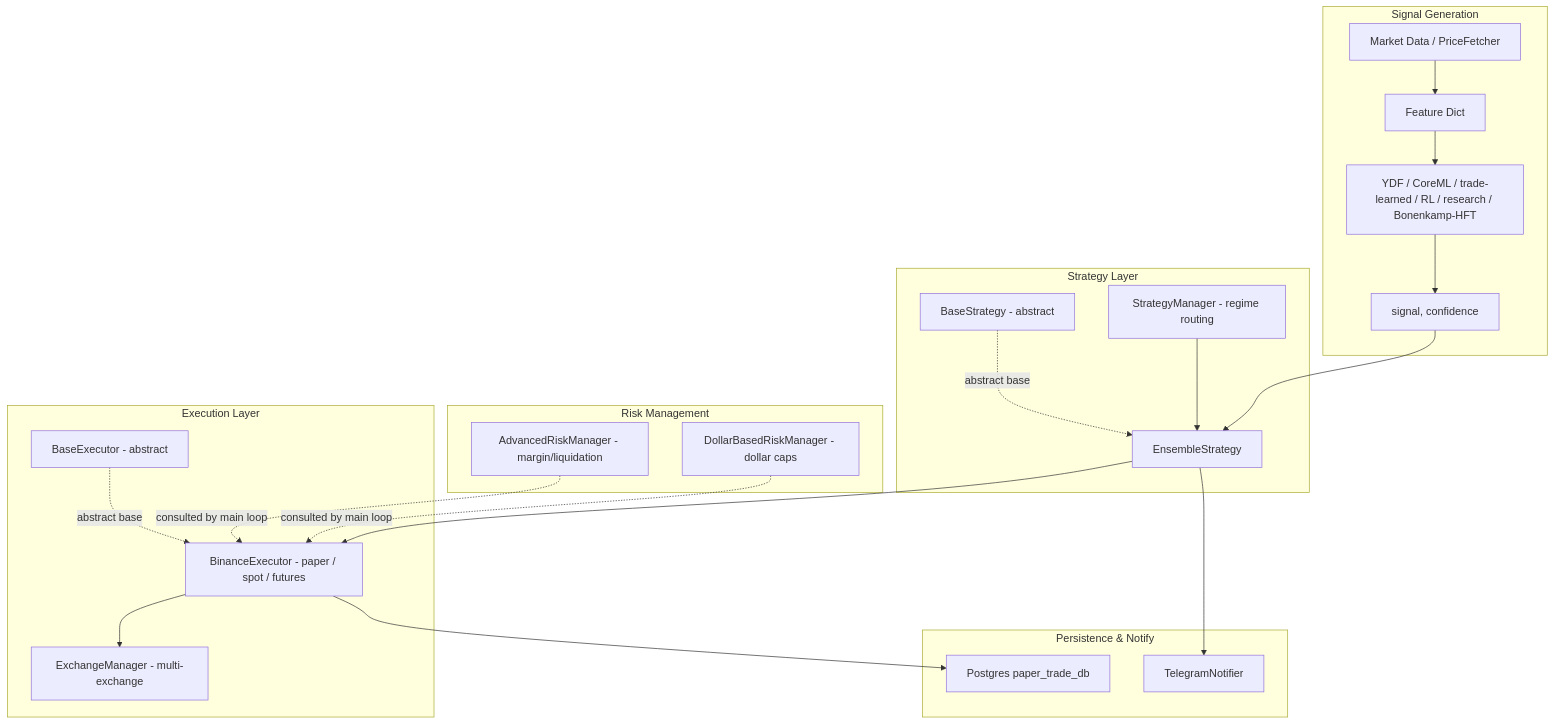
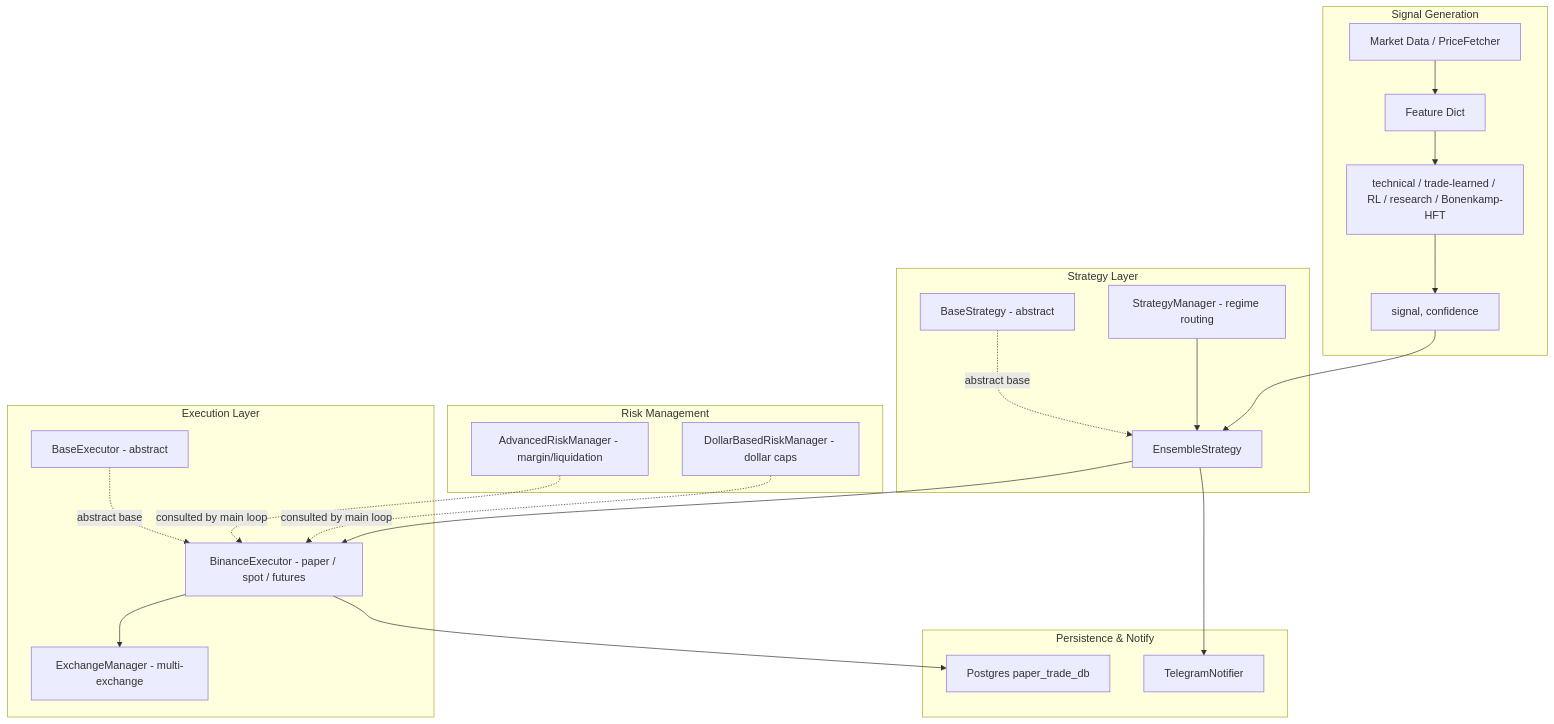
The first of 9 diagrams in docs/trading_system.md (cluster2600/ELVIS), drawn with Mermaid before and after one commit. The commit also changed other lines of this file and 35 other files, not shown here.

````diff
--- a/docs/trading_system.md
+++ b/docs/trading_system.md
@@ -28,48 +28,48 @@
 ```mermaid
 graph TB
     subgraph "Signal Generation"
         DataFeed[Market Data / PriceFetcher]
         Features[Feature Dict]
-        Models[YDF / CoreML / trade-learned / RL / research / Bonenkamp-HFT]
+        Models[technical / trade-learned / RL / research / Bonenkamp-HFT]
         Signal[signal, confidence]
     end
 
     subgraph "Strategy Layer"
         BaseStrategy[BaseStrategy - abstract]
         EnsembleStrategy[EnsembleStrategy]
         StrategyManager[StrategyManager - regime routing]
     end
 
     subgraph "Risk Management"
         AdvancedRM[AdvancedRiskManager - margin/liquidation]
         DollarRM[DollarBasedRiskManager - dollar caps]
     end
 
     subgraph "Execution Layer"
         BaseExecutor[BaseExecutor - abstract]
         BinanceExecutor[BinanceExecutor - paper / spot / futures]
         ExchangeManager[ExchangeManager - multi-exchange]
     end
 
     subgraph "Persistence & Notify"
         PaperDB[Postgres paper_trade_db]
         Telegram[TelegramNotifier]
     end
 
     DataFeed --> Features
     Features --> Models
     Models --> Signal
 
     Signal --> EnsembleStrategy
     BaseStrategy -.abstract base.-> EnsembleStrategy
     StrategyManager --> EnsembleStrategy
 
     EnsembleStrategy --> BinanceExecutor
     BinanceExecutor --> ExchangeManager
     BaseExecutor -.abstract base.-> BinanceExecutor
     BinanceExecutor --> PaperDB
 
     AdvancedRM -.consulted by main loop.-> BinanceExecutor
     DollarRM -.consulted by main loop.-> BinanceExecutor
     EnsembleStrategy --> Telegram
 ```
````
